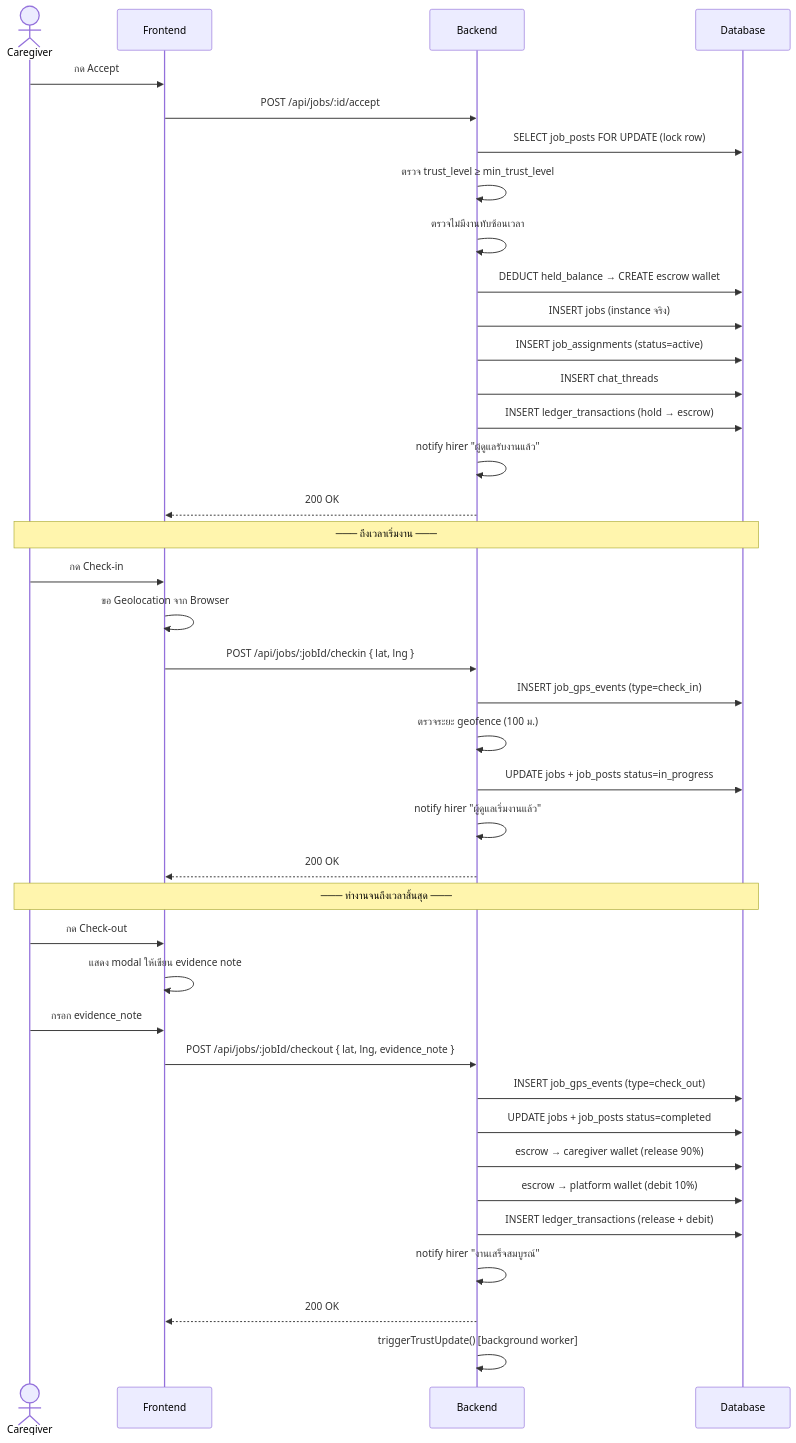
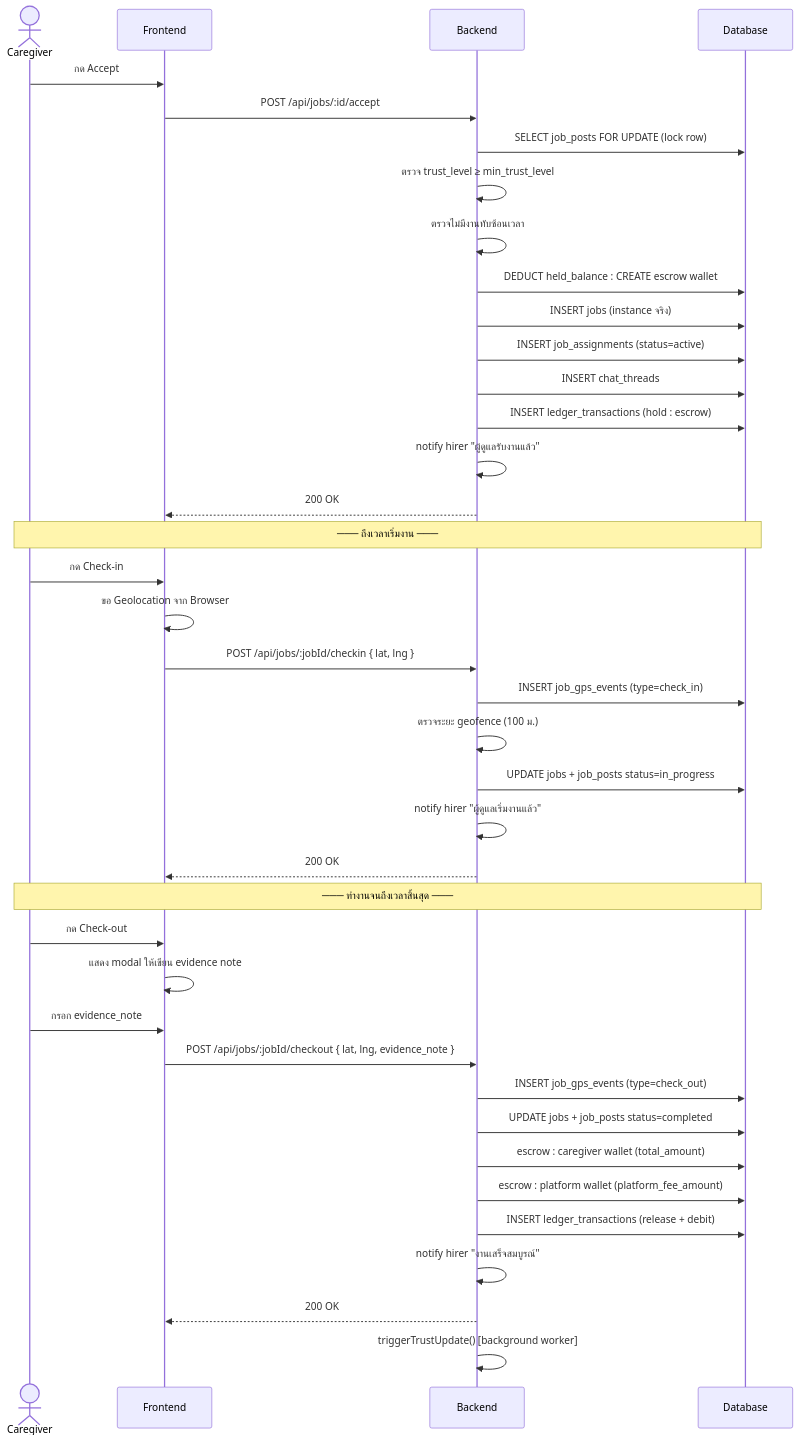
The eighth of 16 diagrams in THESIS_CONTENT_CH3_PART3.md (SakdaRt/Careconnect), drawn with Mermaid before and after one commit. The commit also changed other lines of this file and 1 other file, not shown here.

````diff
--- a/THESIS_CONTENT_CH3_PART3.md
+++ b/THESIS_CONTENT_CH3_PART3.md
@@ -858,41 +859,41 @@
 ```mermaid
 sequenceDiagram
     actor CG as Caregiver
     participant FE as Frontend
     participant BE as Backend
     participant DB as Database
     CG->>FE: กด Accept
     FE->>BE: POST /api/jobs/:id/accept
     BE->>DB: SELECT job_posts FOR UPDATE (lock row)
     BE->>BE: ตรวจ trust_level ≥ min_trust_level
     BE->>BE: ตรวจไม่มีงานทับซ้อนเวลา
-    BE->>DB: DEDUCT held_balance → CREATE escrow wallet
+    BE->>DB: DEDUCT held_balance : CREATE escrow wallet
     BE->>DB: INSERT jobs (instance จริง)
     BE->>DB: INSERT job_assignments (status=active)
     BE->>DB: INSERT chat_threads
-    BE->>DB: INSERT ledger_transactions (hold → escrow)
+    BE->>DB: INSERT ledger_transactions (hold : escrow)
     BE->>BE: notify hirer "ผู้ดูแลรับงานแล้ว"
     BE-->>FE: 200 OK
     Note over CG,DB: ─── ถึงเวลาเริ่มงาน ───
     CG->>FE: กด Check-in
     FE->>FE: ขอ Geolocation จาก Browser
     FE->>BE: POST /api/jobs/:jobId/checkin { lat, lng }
     BE->>DB: INSERT job_gps_events (type=check_in)
     BE->>BE: ตรวจระยะ geofence (100 ม.)
     BE->>DB: UPDATE jobs + job_posts status=in_progress
     BE->>BE: notify hirer "ผู้ดูแลเริ่มงานแล้ว"
     BE-->>FE: 200 OK
     Note over CG,DB: ─── ทำงานจนถึงเวลาสิ้นสุด ───
     CG->>FE: กด Check-out
     FE->>FE: แสดง modal ให้เขียน evidence note
     CG->>FE: กรอก evidence_note
     FE->>BE: POST /api/jobs/:jobId/checkout { lat, lng, evidence_note }
     BE->>DB: INSERT job_gps_events (type=check_out)
     BE->>DB: UPDATE jobs + job_posts status=completed
-    BE->>DB: escrow → caregiver wallet (release 90%)
-    BE->>DB: escrow → platform wallet (debit 10%)
+    BE->>DB: escrow : caregiver wallet (total_amount)
+    BE->>DB: escrow : platform wallet (platform_fee_amount)
     BE->>DB: INSERT ledger_transactions (release + debit)
     BE->>BE: notify hirer "งานเสร็จสมบูรณ์"
     BE-->>FE: 200 OK
     BE->>BE: triggerTrustUpdate() [background worker]
 ```
````
